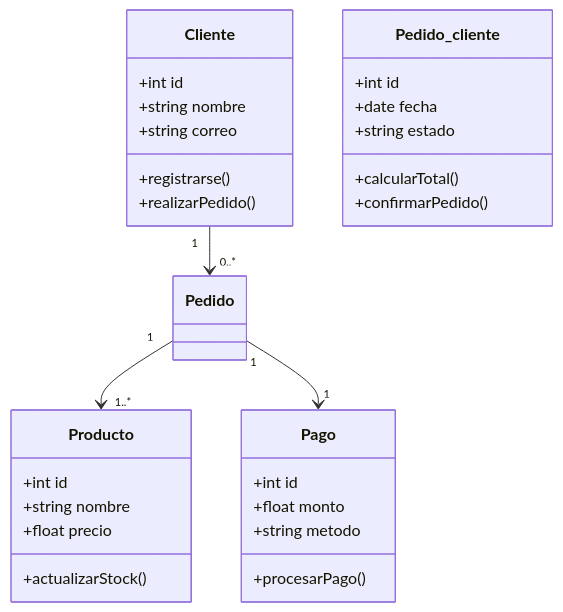
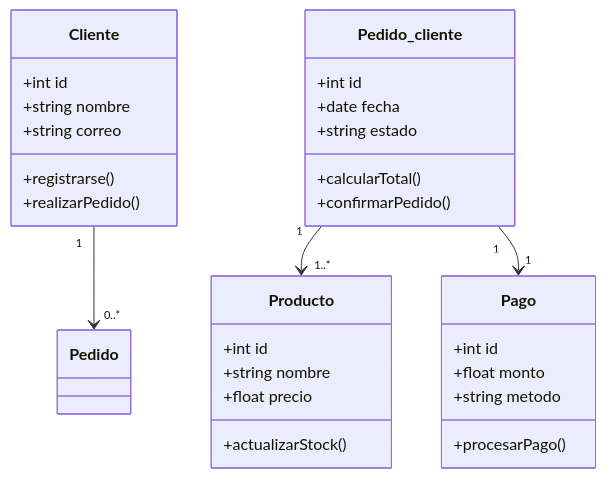
The diagram in README.md (CrlsDuty/mermaid-demostracion), drawn with Mermaid before and after one commit.

Commit message:
correccion relaciones de pedido en diagrama de clases

````diff
--- a/README.md
+++ b/README.md
@@ -3,36 +3,36 @@
 ```mermaid
 classDiagram
     class Cliente {
         +int id
         +string nombre
         +string correo
         +registrarse()
         +realizarPedido()
     }
 
     class Pedido_cliente {
         +int id
         +date fecha
         +string estado
         +calcularTotal()
         +confirmarPedido()
     }
 
     class Producto {
         +int id
         +string nombre
         +float precio
         +actualizarStock()
     }
 
     class Pago {
         +int id
         +float monto
         +string metodo
         +procesarPago()
     }
 
     Cliente "1" --> "0..*" Pedido
-    Pedido "1" --> "1..*" Producto
-    Pedido "1" --> "1" Pago
+    Pedido_cliente "1" --> "1..*" Producto
+    Pedido_cliente "1" --> "1" Pago
 ```
````
